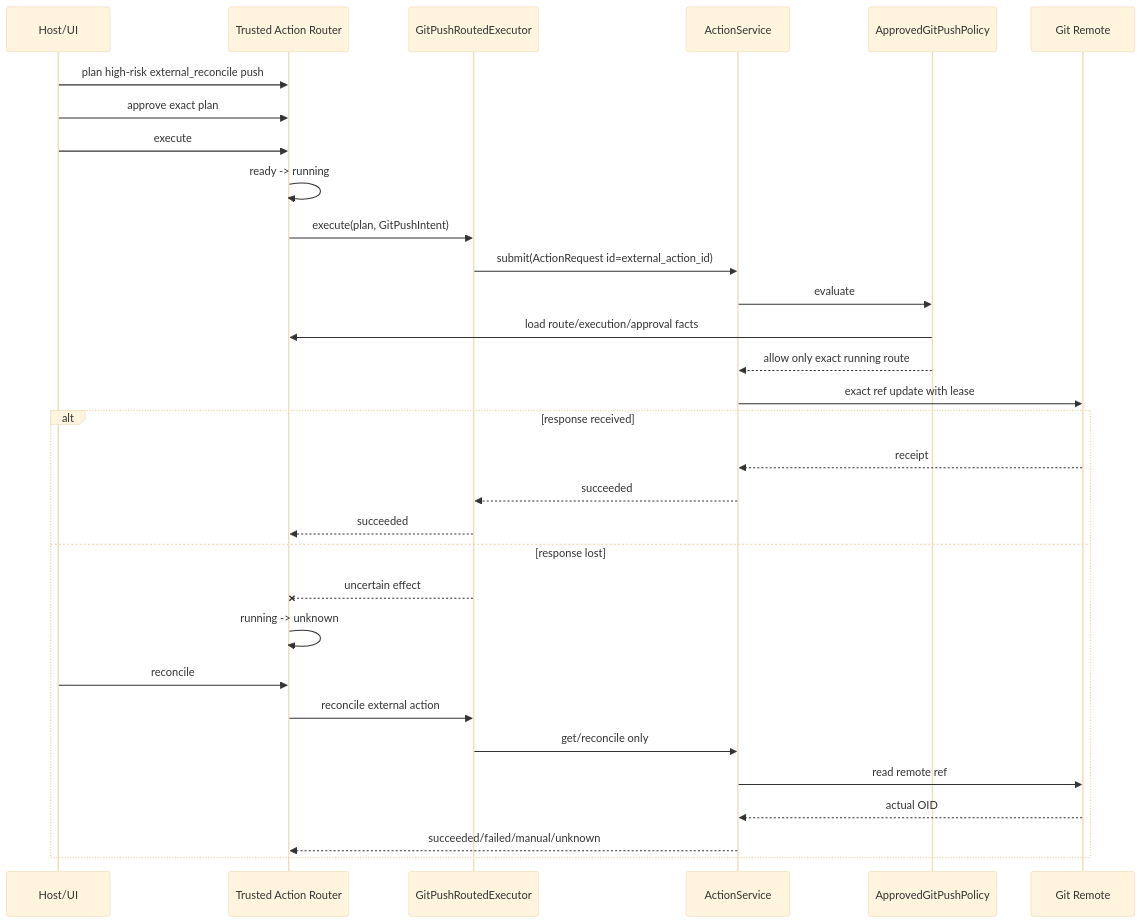
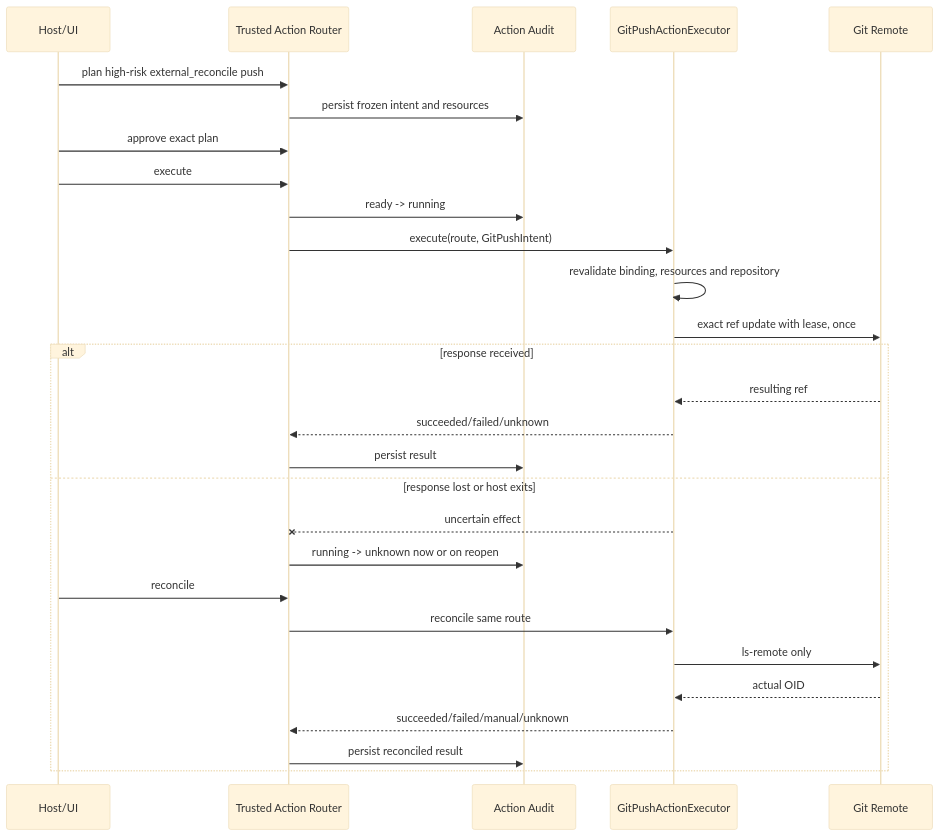
One commit to carrie1988/Harnessix changed diagram 13 of 18 in docs/modules/trusted-actions.md. Above: the diagram before and after it, drawn with Mermaid (base theme). The commit also changed other lines of this file and 16 other files, not shown here.

Commit message:
refactor: 将 Git Push 收敛至 Trusted Action

````diff
--- a/docs/modules/trusted-actions.md
+++ b/docs/modules/trusted-actions.md
@@ -854,33 +856,30 @@
 ```mermaid
 sequenceDiagram
     participant U as Host/UI
     participant R as Trusted Action Router
-    participant G as GitPushRoutedExecutor
-    participant S as ActionService
-    participant P as ApprovedGitPushPolicy
+    participant A as Action Audit
+    participant G as GitPushActionExecutor
     participant Git as Git Remote
     U->>R: plan high-risk external_reconcile push
+    R->>A: persist frozen intent and resources
     U->>R: approve exact plan
     U->>R: execute
-    R->>R: ready -> running
-    R->>G: execute(plan, GitPushIntent)
-    G->>S: submit(ActionRequest id=external_action_id)
-    S->>P: evaluate
-    P->>R: load route/execution/approval facts
-    P-->>S: allow only exact running route
-    S->>Git: exact ref update with lease
+    R->>A: ready -> running
+    R->>G: execute(route, GitPushIntent)
+    G->>G: revalidate binding, resources and repository
+    G->>Git: exact ref update with lease, once
     alt response received
-        Git-->>S: receipt
-        S-->>G: succeeded
-        G-->>R: succeeded
-    else response lost
+        Git-->>G: resulting ref
+        G-->>R: succeeded/failed/unknown
+        R->>A: persist result
+    else response lost or host exits
         G--xR: uncertain effect
-        R->>R: running -> unknown
+        R->>A: running -> unknown now or on reopen
         U->>R: reconcile
-        R->>G: reconcile external action
-        G->>S: get/reconcile only
-        S->>Git: read remote ref
-        Git-->>S: actual OID
-        S-->>R: succeeded/failed/manual/unknown
+        R->>G: reconcile same route
+        G->>Git: ls-remote only
+        Git-->>G: actual OID
+        G-->>R: succeeded/failed/manual/unknown
+        R->>A: persist reconciled result
     end
 ```
````
